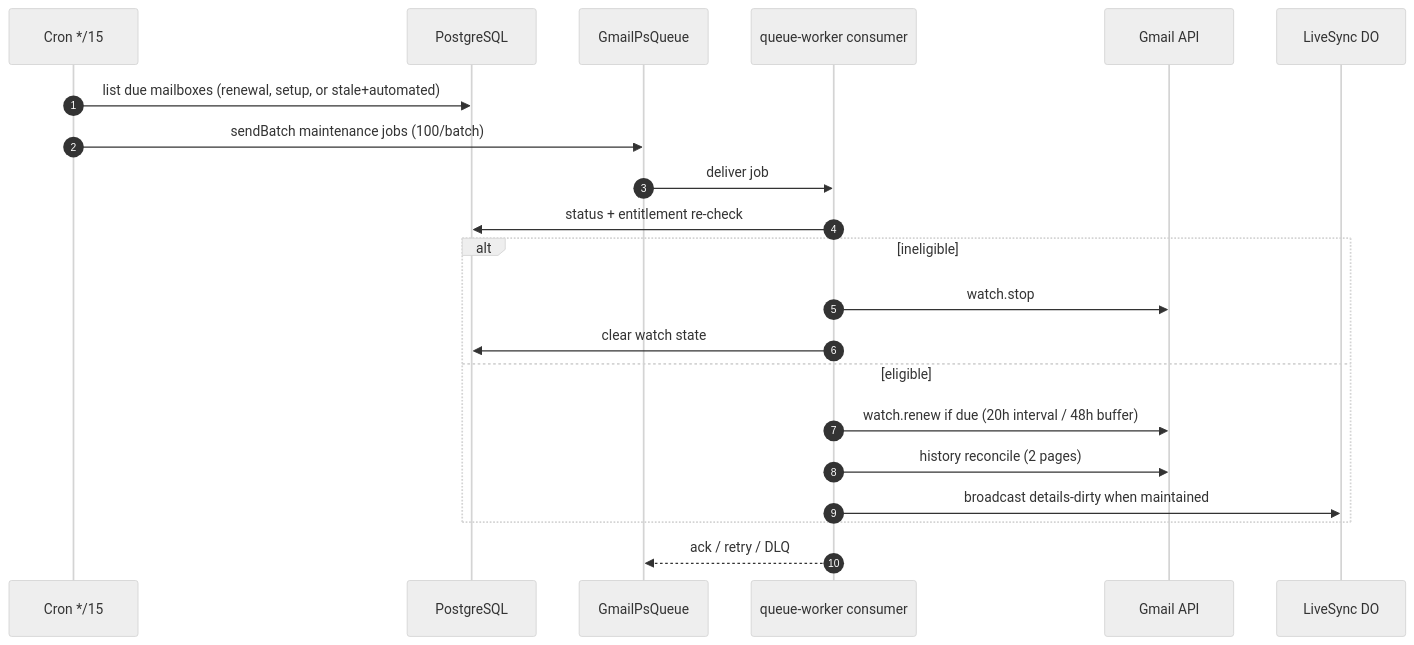
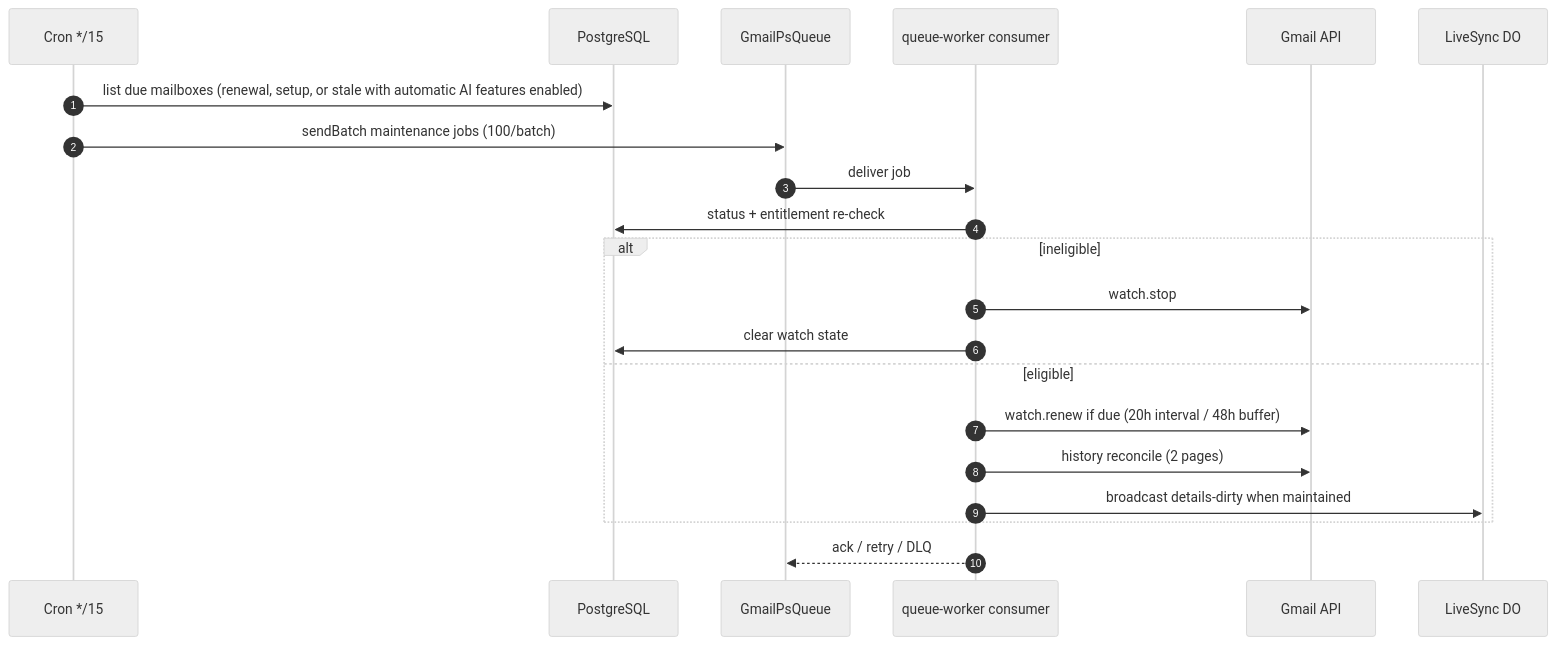
Before and after one commit to quieter-email/quieter: the third of 6 diagrams in docs/infrastructure-map.md, drawn with Mermaid (neutral theme). The commit also changed other lines of this file and 383 other files, not shown here.

````diff
--- a/docs/infrastructure-map.md
+++ b/docs/infrastructure-map.md
@@ -206,24 +192,24 @@
 ```mermaid
 sequenceDiagram
     autonumber
     participant CR as Cron */15
     participant DB as PostgreSQL
     participant Q as GmailPsQueue
     participant C as queue-worker consumer
     participant A as Gmail API
     participant D as LiveSync DO
 
-    CR->>DB: list due mailboxes (renewal, setup, or stale+automated)
+    CR->>DB: list due mailboxes (renewal, setup, or stale with automatic AI features enabled)
     CR->>Q: sendBatch maintenance jobs (100/batch)
     Q->>C: deliver job
     C->>DB: status + entitlement re-check
     alt ineligible
         C->>A: watch.stop
         C->>DB: clear watch state
     else eligible
         C->>A: watch.renew if due (20h interval / 48h buffer)
         C->>A: history reconcile (2 pages)
         C->>D: broadcast details-dirty when maintained
     end
     C-->>Q: ack / retry / DLQ
 ```
````
